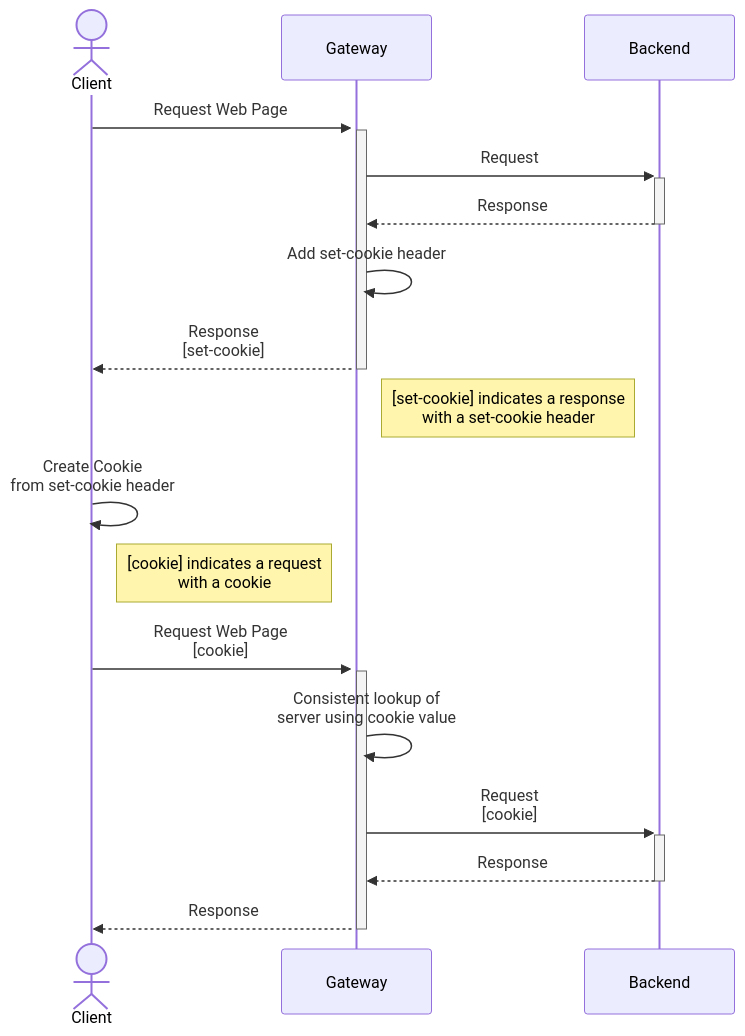
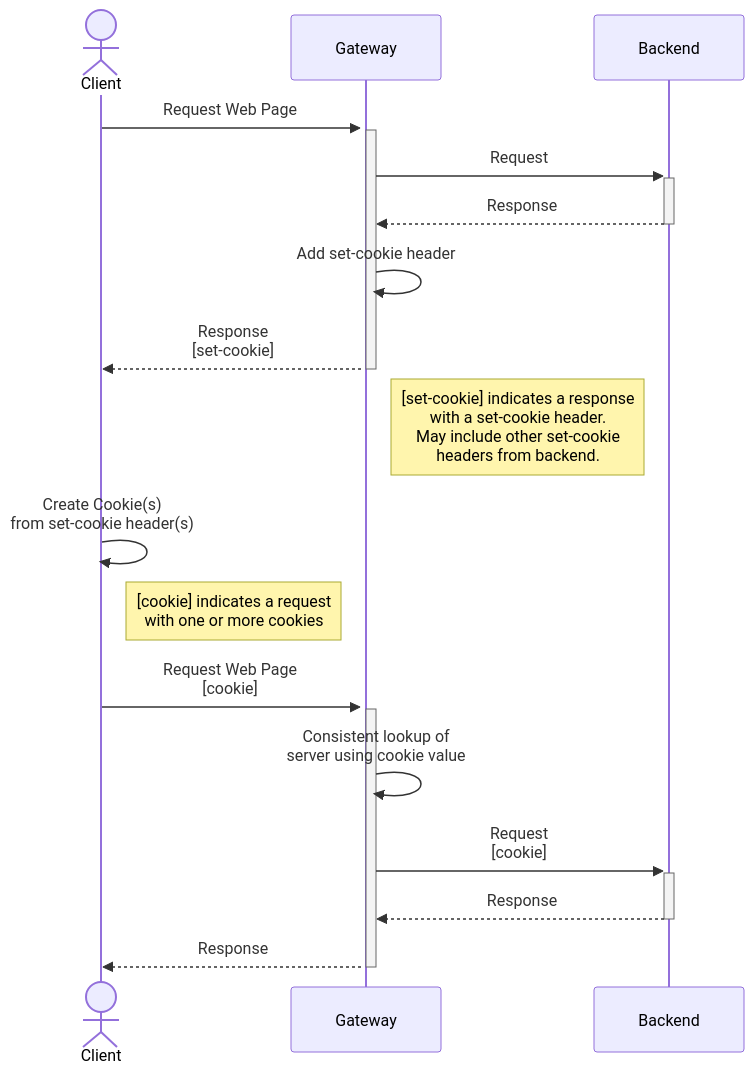
One commit to kubernetes-sigs/gateway-api changed the first of 5 diagrams in geps/gep-1619.md. Above: the diagram before and after it, drawn with Mermaid. The commit also changed other lines of this file, not shown here.

````diff
--- a/geps/gep-1619.md
+++ b/geps/gep-1619.md
@@ -90,20 +97,20 @@
 ```mermaid
 sequenceDiagram
     actor C as Client
     participant G as Gateway
     participant B as Backend
     C->>+G: Request Web Page
     activate G
     G->>+B: Request
     B-->>-G: Response
     G->>G: Add set-cookie header
     G-->>-C: Response<br>[set-cookie]
-    Note right of G: [set-cookie] indicates a response<br> with a set-cookie header
-    C->>C: Create Cookie<br>from set-cookie header
-    Note right of C: [cookie] indicates a request<br> with a cookie
+    Note right of G: [set-cookie] indicates a response<br> with a set-cookie header.<br>May include other set-cookie<br>headers from backend.
+    C->>C: Create Cookie(s)<br>from set-cookie header(s)
+    Note right of C: [cookie] indicates a request<br> with one or more cookies
     C->>+G: Request Web Page<br>[cookie]
     G->>G: Consistent lookup of<br>server using cookie value
     G->>+B: Request<br>[cookie]
     B-->>-G: Response
     G-->>-C: Response
 ```
````
